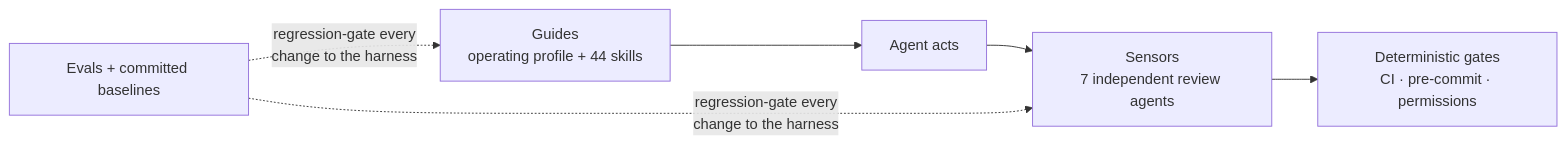
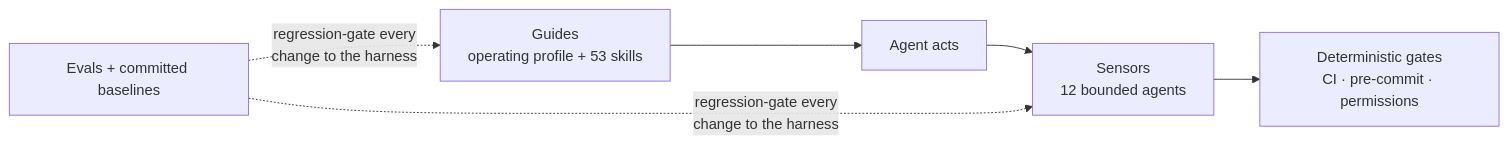
Before and after one commit to TierOne-Studio/llm-harness-fullstack: the diagram in README.md, drawn with Mermaid. The commit also changed other lines of this file and 6 other files, not shown here.

````diff
--- a/README.md
+++ b/README.md
@@ -32,5 +32,5 @@
 ```mermaid
 flowchart LR
-    G["Guides<br/>operating profile + 44 skills"] --> A["Agent acts"] --> S["Sensors<br/>7 independent review agents"] --> D["Deterministic gates<br/>CI · pre-commit · permissions"]
+    G["Guides<br/>operating profile + 53 skills"] --> A["Agent acts"] --> S["Sensors<br/>12 bounded agents"] --> D["Deterministic gates<br/>CI · pre-commit · permissions"]
     M["Evals + committed baselines"] -.->|regression-gate every<br/>change to the harness| G & S
 ```
````
